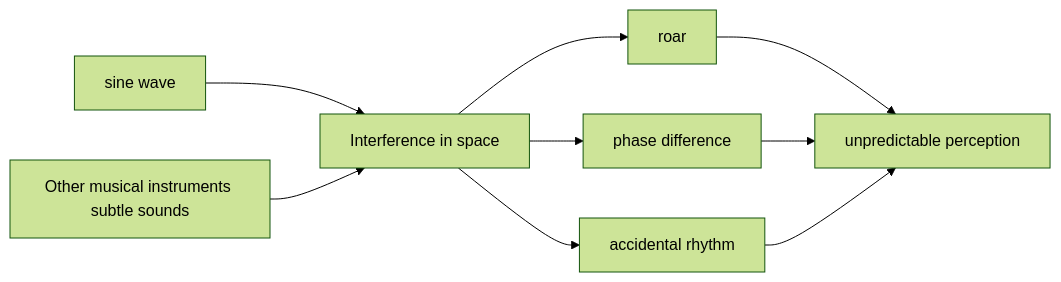
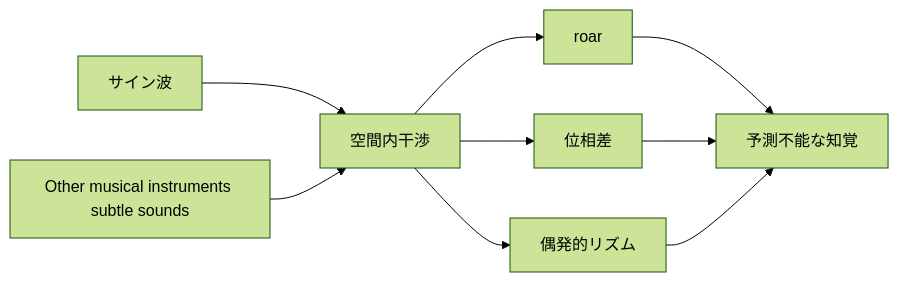
Before and after one commit to monumental-movement/monumental-movement.github.io: the third of 11 diagrams in en/_posts/2026-04-18-column-sachiko-m.md, drawn with Mermaid (forest theme). The commit also changed other lines of this file and 2196 other files, not shown here.

```diff
--- a/en/_posts/2026-04-18-column-sachiko-m.md
+++ b/en/_posts/2026-04-18-column-sachiko-m.md
@@ -256,11 +255,11 @@
 <div class="mermaid">
 flowchart LR
-    A[sine wave] --> D[Interference in space]
+    A[サイン波] --> D[空間内干渉]
     B[Other musical instruments subtle sounds] --> D
     D --> E[roar]
-    D --> F[phase difference]
-    D --> G[accidental rhythm]
-    E --> H[unpredictable perception]
+    D --> F[位相差]
+    D --> G[偶発的リズム]
+    E --> H[予測不能な知覚]
     F --> H
     G --> H
 </div>
```
